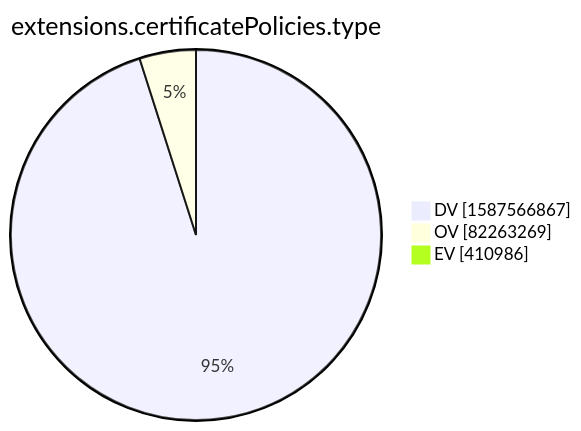
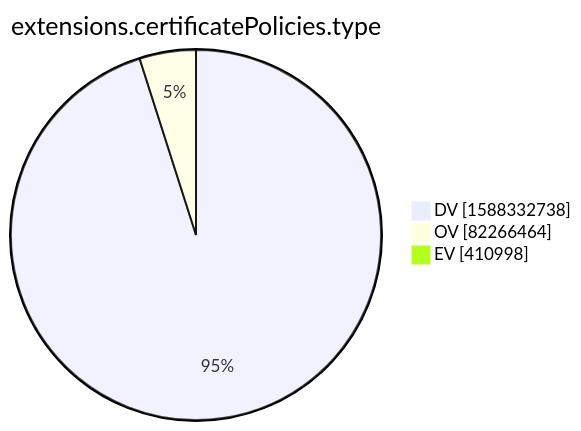
The tenth of 15 diagrams in xenon2022/README.md (christiankrug/ctmonitor_visualization), drawn with Mermaid before and after one commit. The commit also changed other lines of this file, not shown here.

````diff
--- a/xenon2022/README.md
+++ b/xenon2022/README.md
@@ -2878,7 +2878,7 @@
 ```mermaid
 pie showData
 title extensions.certificatePolicies.type
-"DV" :1587566867
-"OV" :82263269
-"EV" :410986
+"DV" :1588332738
+"OV" :82266464
+"EV" :410998
 ```
````
